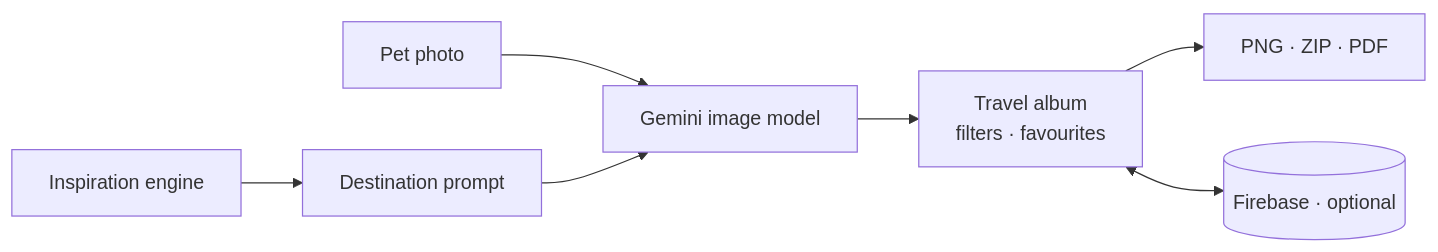
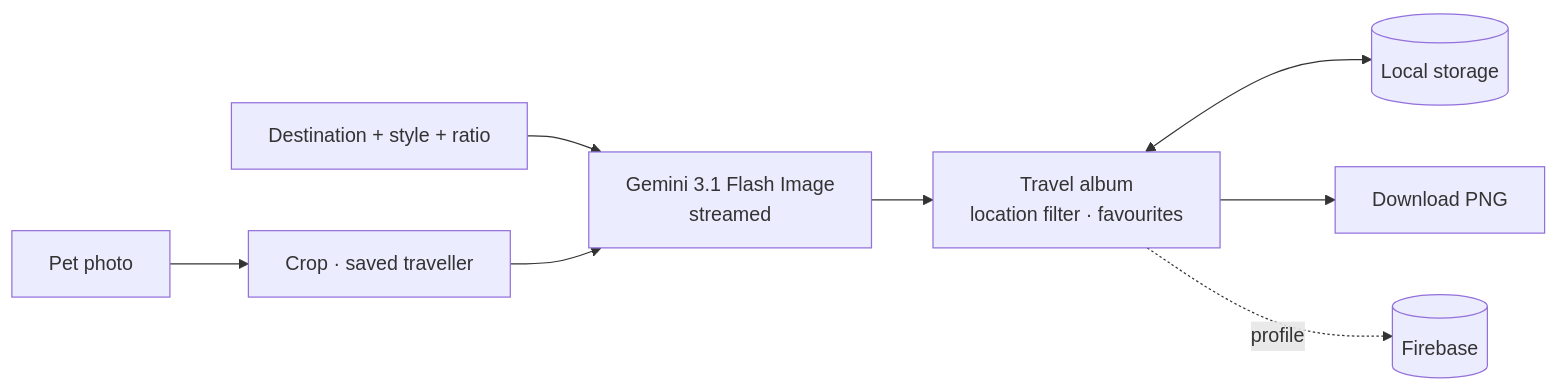
The diagram in README.md (kutluhangil/MinikGezgin), drawn with Mermaid before and after one commit. The commit also changed other lines of this file and 3 other files, not shown here.

````diff
--- a/README.md
+++ b/README.md
@@ -32,9 +56,10 @@
 ```mermaid
 flowchart LR
-  P[Pet photo] --> G[Gemini image model]
-  D[Destination prompt] --> G
-  I[Inspiration engine] --> D
-  G --> A[Travel album<br/>filters · favourites]
-  A --> X[PNG · ZIP · PDF]
-  A <--> FB[(Firebase · optional)]
+  P[Pet photo] --> CR[Crop · saved traveller]
+  D[Destination + style + ratio] --> G[Gemini 3.1 Flash Image<br/>streamed]
+  CR --> G
+  G --> A[Travel album<br/>location filter · favourites]
+  A <--> LS[(Local storage)]
+  A --> DL[Download PNG]
+  A -. profile .-> FB[(Firebase)]
 ```
````
